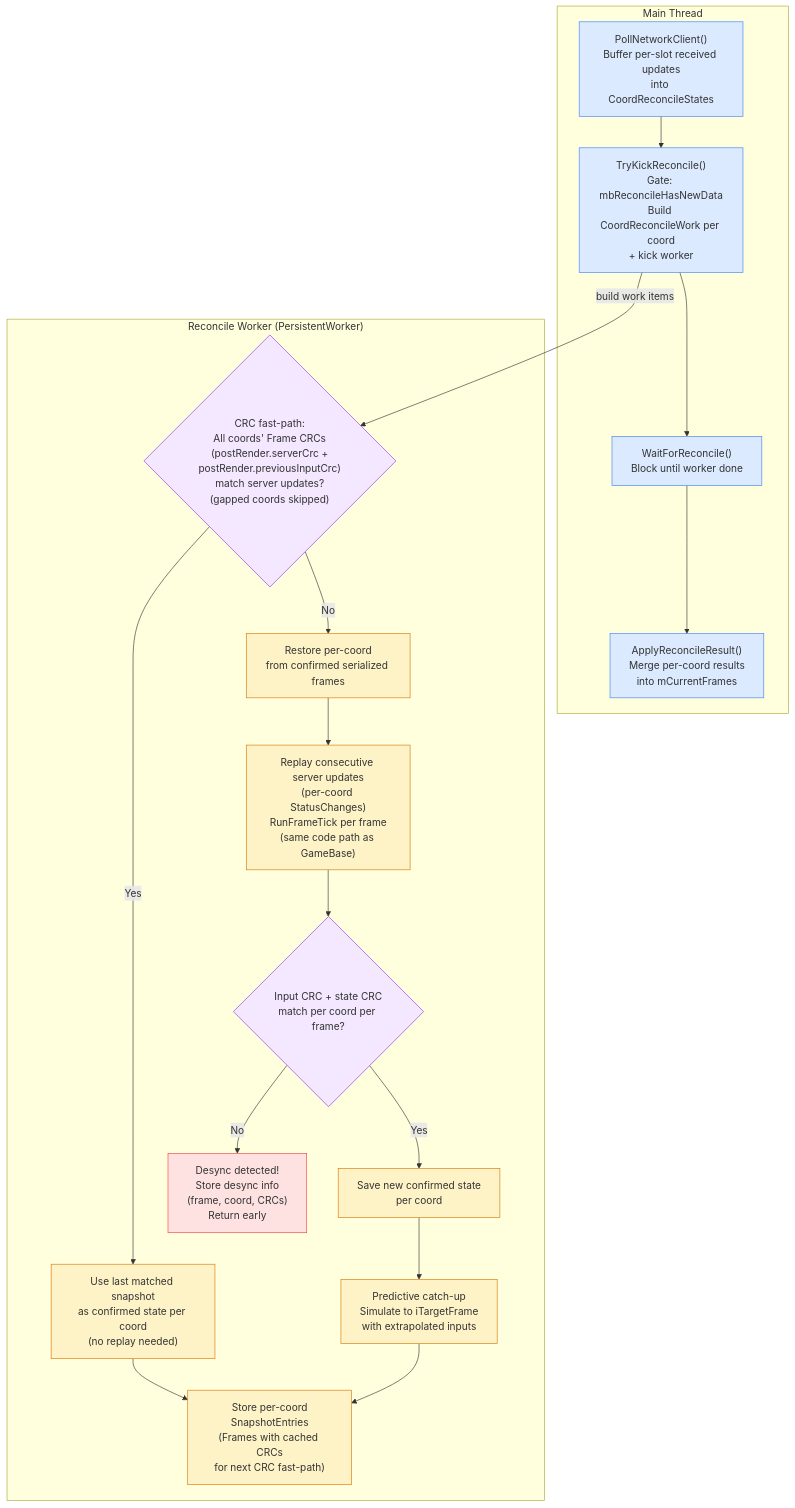
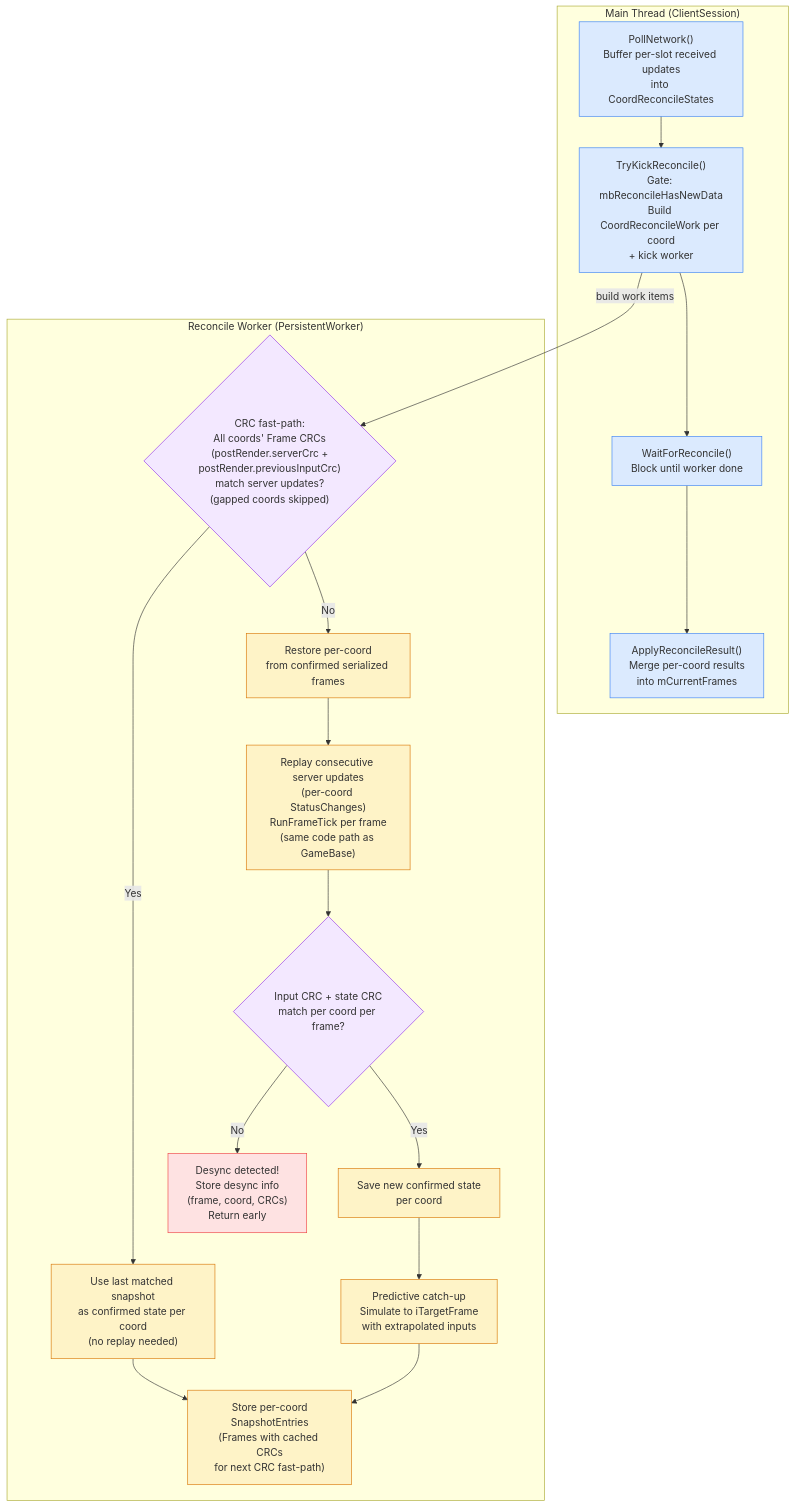
Before and after one commit to DougTanner/BrokenEnginePublic: the sixth of 6 diagrams in Documents/Architecture/Network.md, drawn with Mermaid. The commit also changed other lines of this file and 52 other files, not shown here.

````diff
--- a/Documents/Architecture/Network.md
+++ b/Documents/Architecture/Network.md
@@ -184,37 +189,37 @@
 ```mermaid
 %%{init: {'theme': 'default'}}%%
 flowchart TD
     classDef mainThread fill:#dbeafe,stroke:#3b82f6
     classDef worker fill:#fef3c7,stroke:#d97706
     classDef decision fill:#f3e8ff,stroke:#9333ea
     classDef desync fill:#fee2e2,stroke:#ef4444
 
-    subgraph main ["Main Thread"]
-        poll["PollNetworkClient()<br/>Buffer per-slot received updates<br/>into CoordReconcileStates"]:::mainThread
+    subgraph main ["Main Thread (ClientSession)"]
+        poll["PollNetwork()<br/>Buffer per-slot received updates<br/>into CoordReconcileStates"]:::mainThread
         kick["TryKickReconcile()<br/>Gate: mbReconcileHasNewData<br/>Build CoordReconcileWork per coord<br/>+ kick worker"]:::mainThread
         wait["WaitForReconcile()<br/>Block until worker done"]:::mainThread
         apply["ApplyReconcileResult()<br/>Merge per-coord results<br/>into mCurrentFrames"]:::mainThread
     end
 
     subgraph worker_thread ["Reconcile Worker (PersistentWorker)"]
         check_crc{"CRC fast-path:<br/>All coords' Frame CRCs<br/>(postRender.serverCrc +<br/>postRender.previousInputCrc)<br/>match server updates?<br/>(gapped coords skipped)"}:::decision
 
         fast["Use last matched snapshot<br/>as confirmed state per coord<br/>(no replay needed)"]:::worker
 
         restore["Restore per-coord<br/>from confirmed serialized frames"]:::worker
         replay["Replay consecutive server updates<br/>(per-coord StatusChanges)<br/>RunFrameTick per frame<br/>(same code path as GameBase)"]:::worker
         validate{"Input CRC + state CRC<br/>match per coord per frame?"}:::decision
         save_confirmed["Save new confirmed state<br/>per coord"]:::worker
         catchup["Predictive catch-up<br/>Simulate to iTargetFrame<br/>with extrapolated inputs"]:::worker
         snapshot["Store per-coord<br/>SnapshotEntries<br/>(Frames with cached CRCs<br/>for next CRC fast-path)"]:::worker
 
         desync["Desync detected!<br/>Store desync info<br/>(frame, coord, CRCs)<br/>Return early"]:::desync
     end
 
     poll --> kick --> wait --> apply
     kick -->|build work items| check_crc
     check_crc -->|Yes| fast --> snapshot
     check_crc -->|No| restore --> replay --> validate
     validate -->|Yes| save_confirmed --> catchup --> snapshot
     validate -->|No| desync
 ```
````
